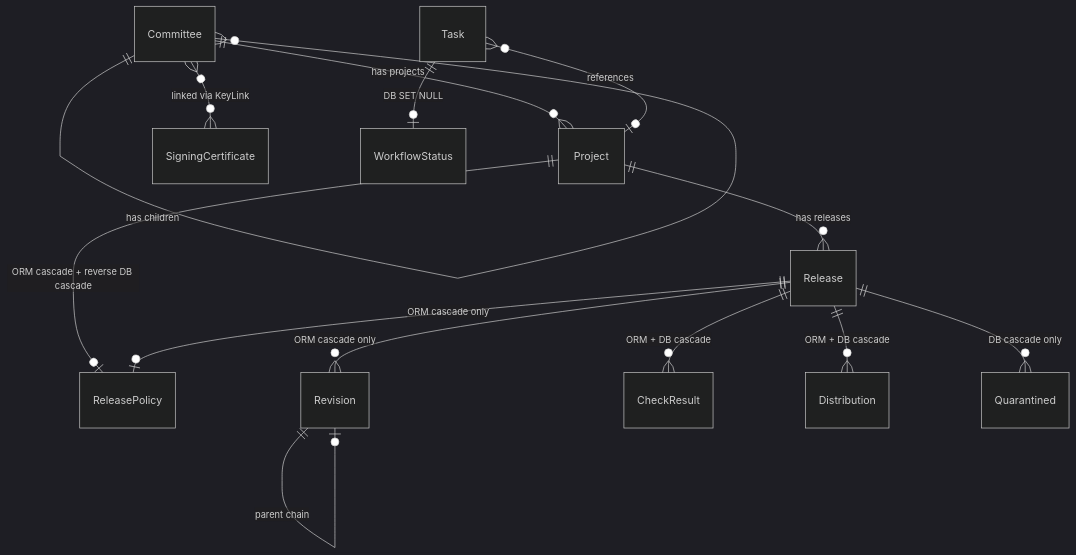
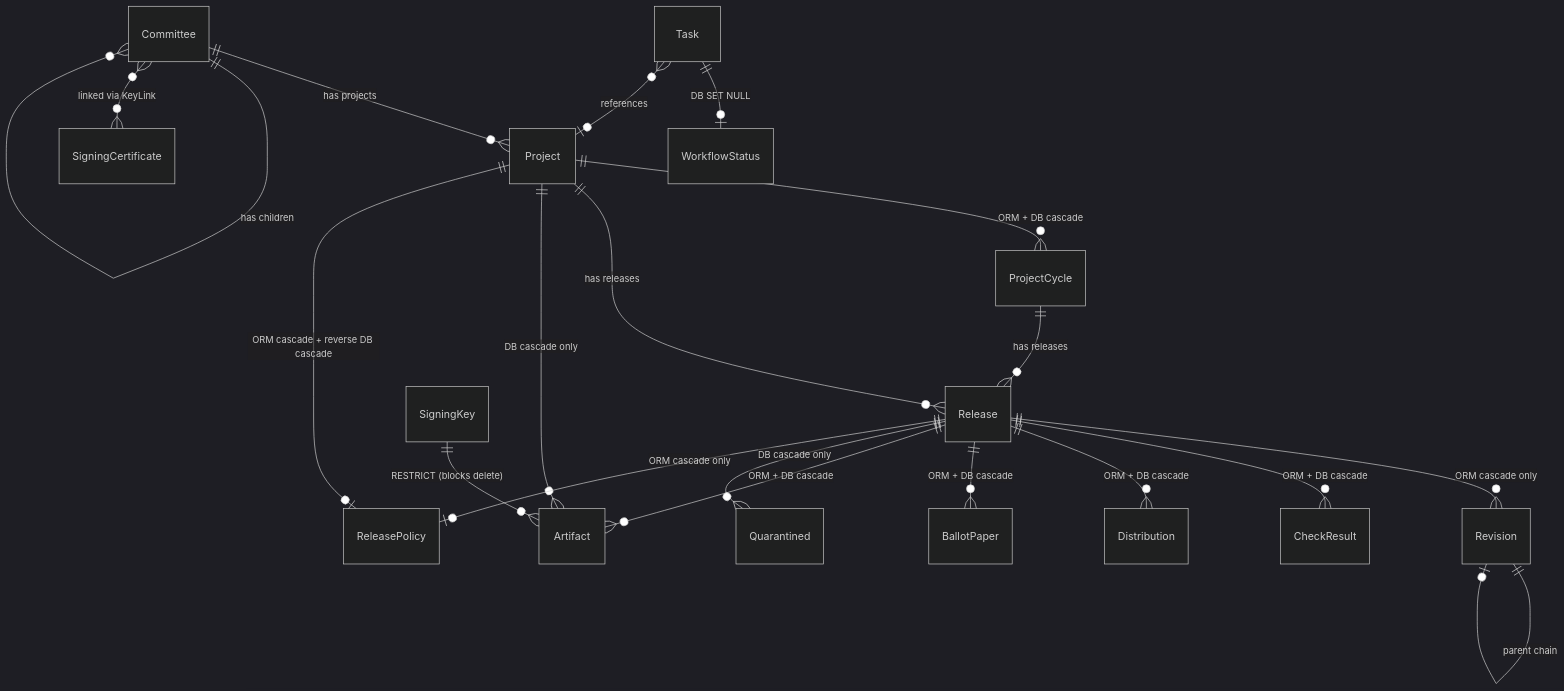
One commit to apache/tooling-trusted-releases changed the first of 3 diagrams in atr/docs/database.md. Above: the diagram before and after it, drawn with Mermaid (dark theme). The commit also changed other lines of this file, not shown here.

````diff
--- a/atr/docs/database.md
+++ b/atr/docs/database.md
@@ -85,16 +95,22 @@
 ```mermaid
 erDiagram
     Committee ||--o{ Project : "has projects"
     Committee ||--o{ Committee : "has children"
     Committee }o--o{ SigningCertificate : "linked via KeyLink"
+    Project ||--o{ ProjectCycle : "ORM + DB cascade"
     Project ||--o{ Release : "has releases"
+    Project ||--o{ Artifact : "DB cascade only"
     Project ||--o| ReleasePolicy : "ORM cascade + reverse DB cascade"
+    ProjectCycle ||--o{ Release : "has releases"
     Release ||--o{ Revision : "ORM cascade only"
     Release ||--o{ CheckResult : "ORM + DB cascade"
     Release ||--o{ Distribution : "ORM + DB cascade"
+    Release ||--o{ BallotPaper : "ORM + DB cascade"
+    Release ||--o{ Artifact : "ORM + DB cascade"
     Release ||--o{ Quarantined : "DB cascade only"
     Release ||--o| ReleasePolicy : "ORM cascade only"
     Revision ||--o| Revision : "parent chain"
     Task ||--o| WorkflowStatus : "DB SET NULL"
     Task }o--o| Project : "references"
+    SigningKey ||--o{ Artifact : "RESTRICT (blocks delete)"
 ```
````
